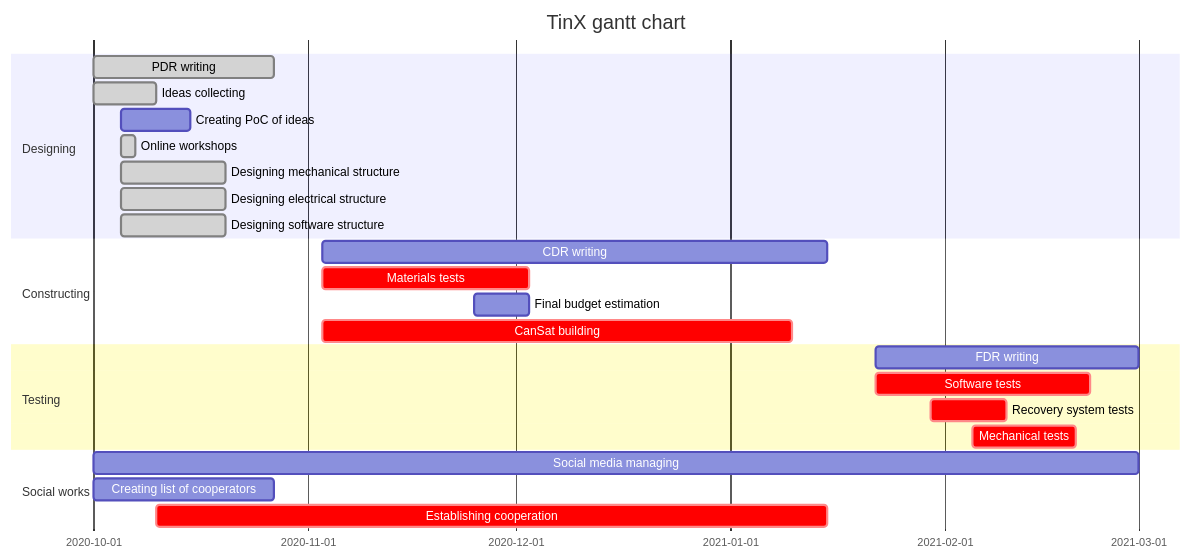
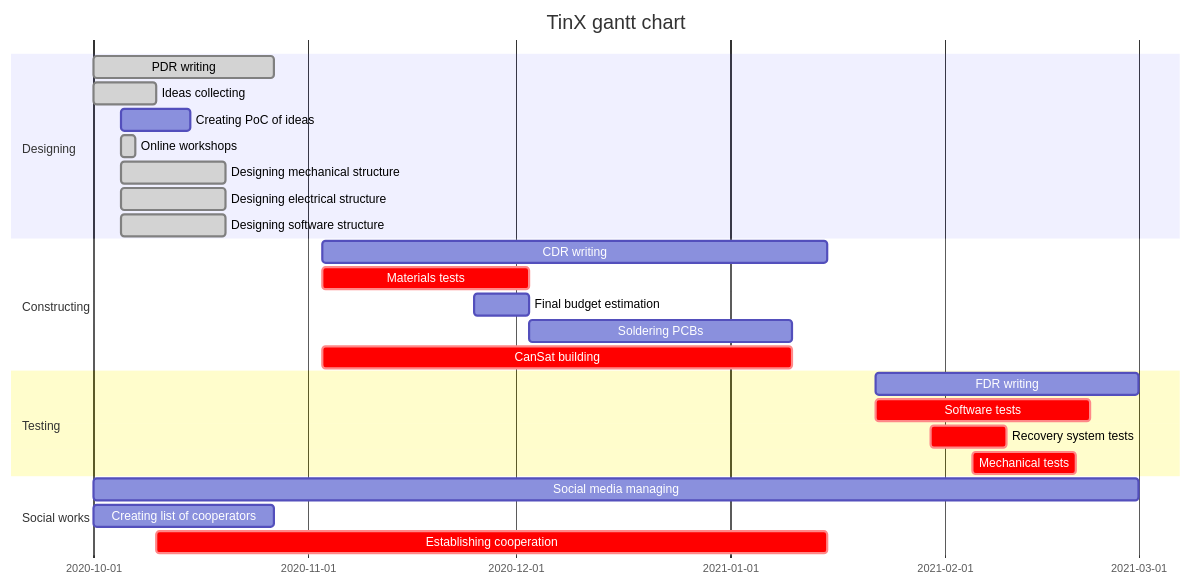
Before and after one commit to TinXsat/project-structure: the diagram in gantt-chart.md, drawn with Mermaid.

````diff
--- a/gantt-chart.md
+++ b/gantt-chart.md
@@ -25,32 +25,33 @@
 ```mermaid
 gantt
     title TinX gantt chart
     dateFormat  YYYY-MM-DD
     
     section Designing
     PDR writing :done, 2020-10-01, 2020-10-27
     Ideas collecting :done, 2020-10-01, 2020-10-10
     Creating PoC of ideas : 2020-10-05, 2020-10-15
     Online workshops :done, 2020-10-05, 2020-10-07
     Designing mechanical structure :done, 2020-10-05, 2020-10-20
     Designing electrical structure :done, 2020-10-05, 2020-10-20
     Designing software structure :done, 2020-10-05, 2020-10-20
     
     section Constructing
     CDR writing : 2020-11-03, 2021-01-15
     Materials tests :crit, 2020-11-03, 2020-12-03
     Final budget estimation : 2020-11-25, 2020-12-03
+    Soldering PCBs : 2020-12-03, 2021-01-10
     CanSat building :crit, 2020-11-03, 2021-01-10
     
     section Testing 
     FDR writing : 2021-01-22, 2021-03-01
     Software tests :crit, 2021-01-22, 2021-02-22
     Recovery system tests :crit, 2021-01-30, 2021-02-10
     Mechanical tests :crit, 2021-02-05, 2021-02-20
     
     section Social works
     Social media managing : 2020-10-01, 2021-03-01
     Creating list of cooperators : 2020-10-01, 2020-10-27
     Establishing cooperation :crit, 2020-10-10, 2021-01-15
     
 ```
````
